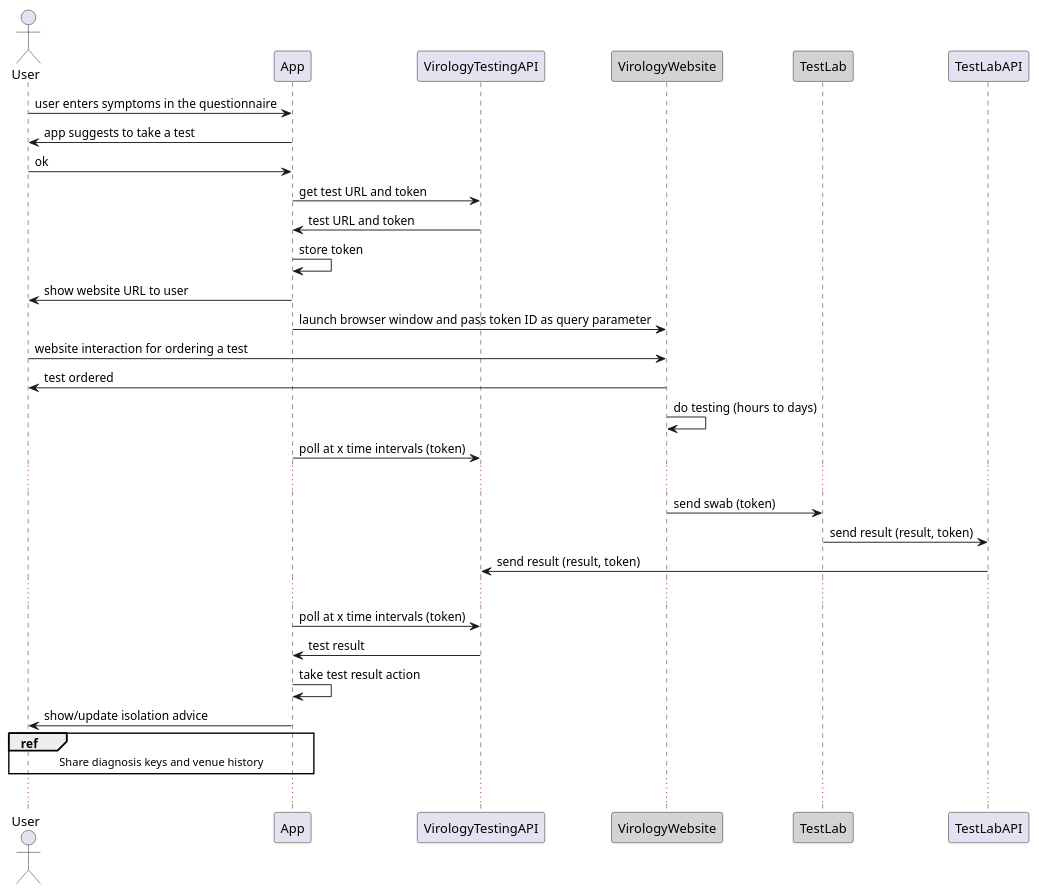
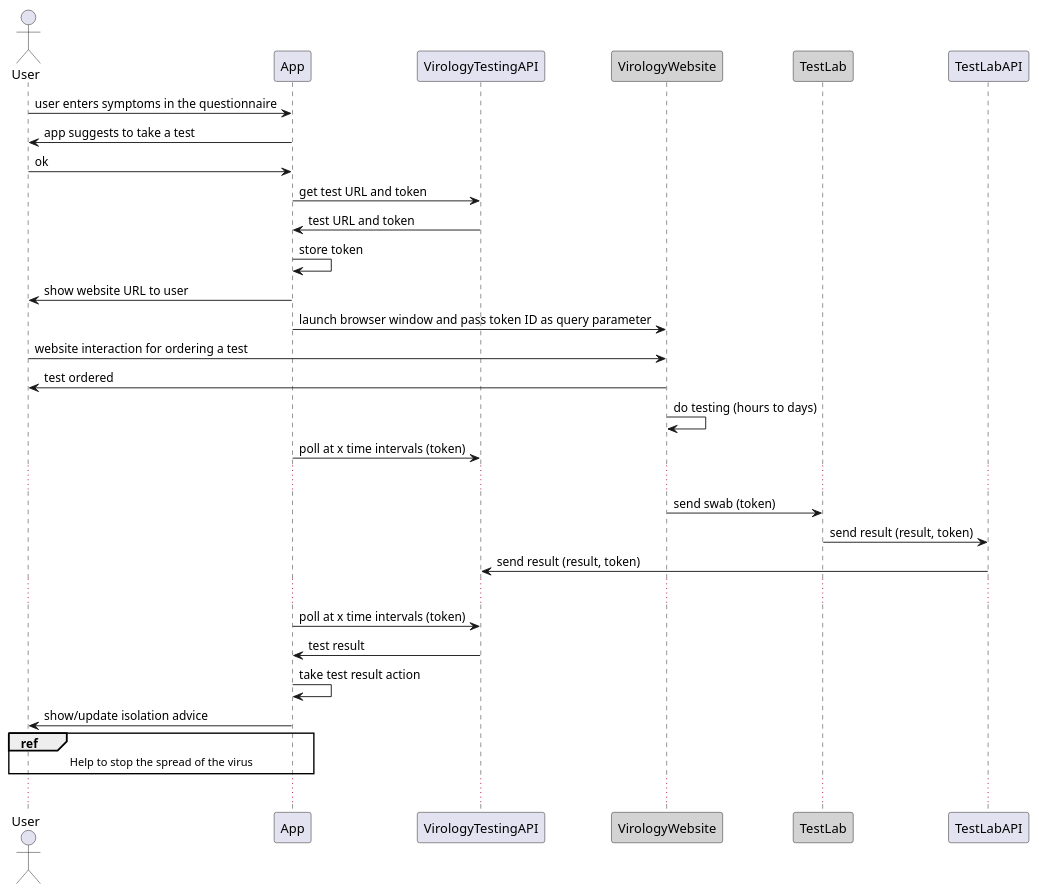
Before and after one commit to ukhsa-collaboration/covid19-app-system-public: the diagram in doc/architecture/diagrams/plant-uml/sys-flow-virology-testing.puml, drawn with PlantUML. The commit also changed 541 other files, not shown here.

```diff
--- a/doc/architecture/diagrams/plant-uml/sys-flow-virology-testing.puml
+++ b/doc/architecture/diagrams/plant-uml/sys-flow-virology-testing.puml
@@ -1,37 +1,37 @@
 @startuml system-flow_virology-testing
 
 Actor User
 
 
 User -> App : user enters symptoms in the questionnaire
 App -> User : app suggests to take a test 
 User -> App : ok
 App -> VirologyTestingAPI: get test URL and token
 App <- VirologyTestingAPI: test URL and token
 App -> App: store token
 
 
 App -> User: show website URL to user
 Participant VirologyWebsite #LightGrey
 
 App -> VirologyWebsite: launch browser window and pass token ID as query parameter
 User -> VirologyWebsite: website interaction for ordering a test
 User <- VirologyWebsite: test ordered 
 VirologyWebsite -> VirologyWebsite: do testing (hours to days)
 App -> VirologyTestingAPI: poll at x time intervals (token)
 ...
 Participant TestLab #LightGrey
 VirologyWebsite -> TestLab: send swab (token)
 TestLab -> TestLabAPI: send result (result, token)
 
 TestLabAPI->VirologyTestingAPI: send result (result, token)
 ...
 App -> VirologyTestingAPI: poll at x time intervals (token)
 App <- VirologyTestingAPI: test result 
 
 App->App: take test result action
 User<-App: show/update isolation advice
-ref over User, App : Share diagnosis keys and venue history
+ref over User, App : Help to stop the spread of the virus
 ...
 
 @enduml
```
